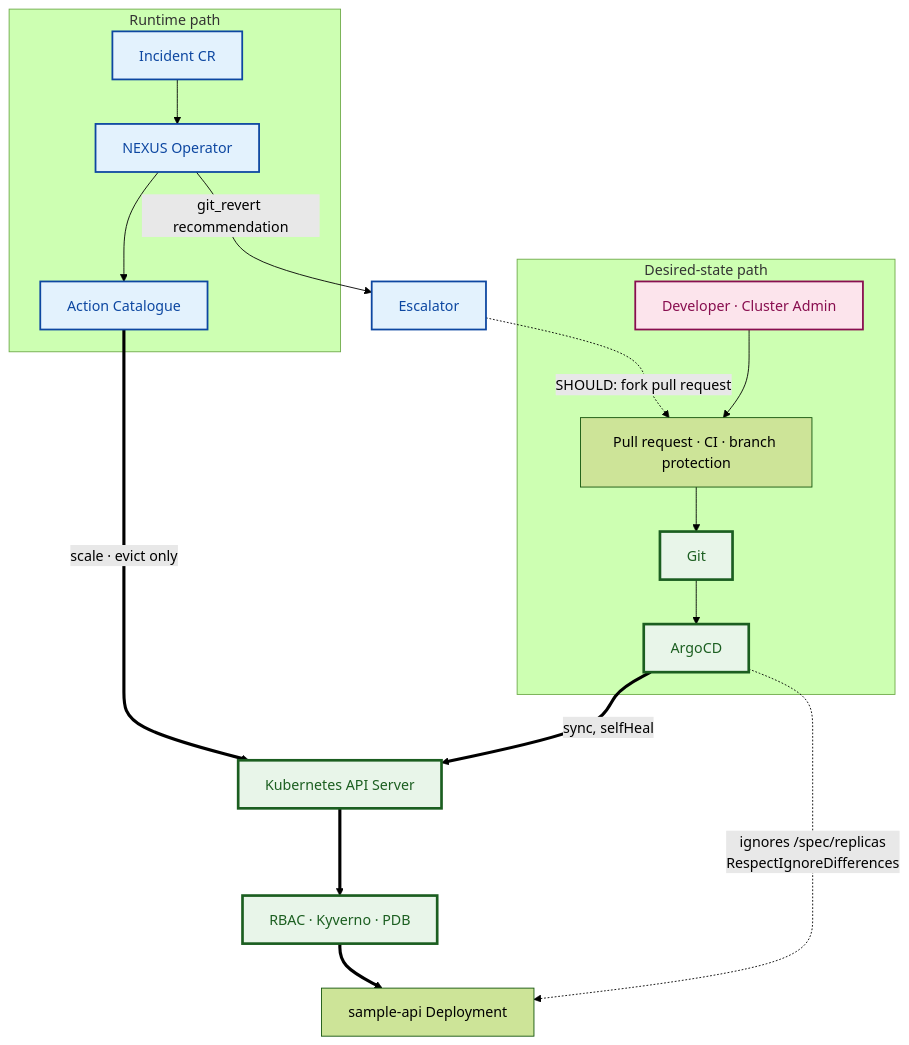
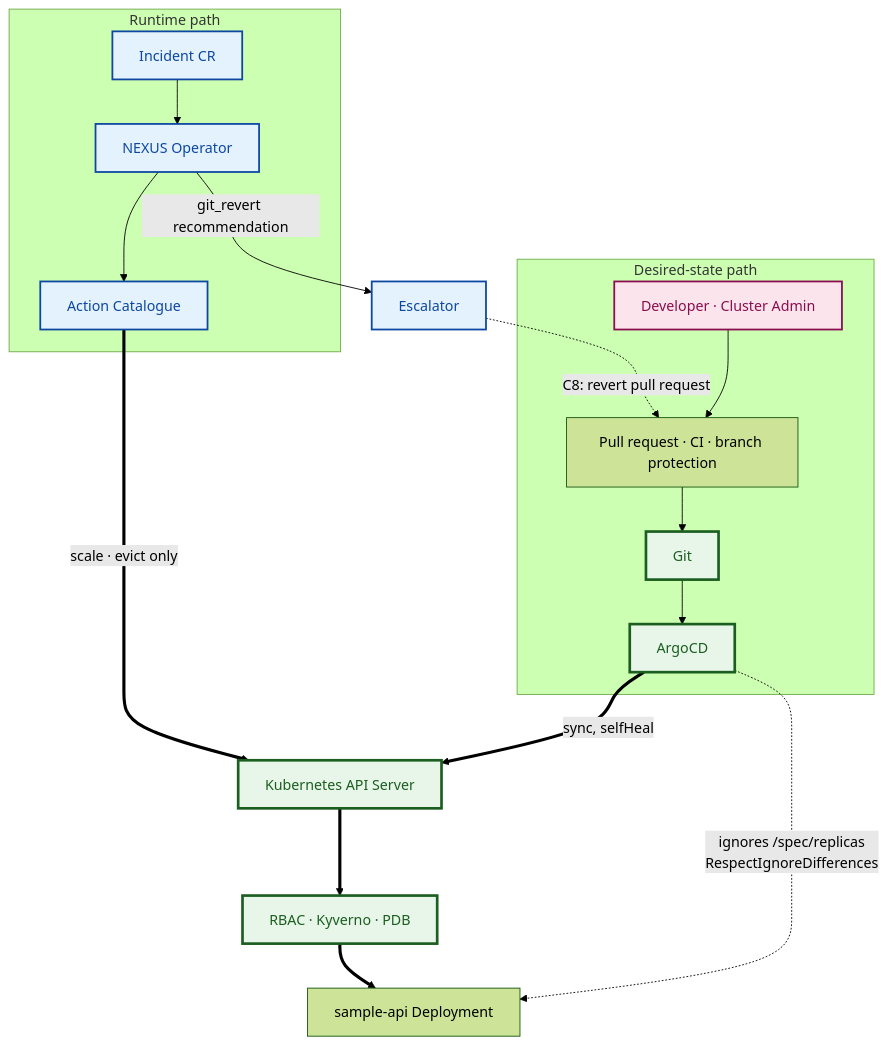
Before and after one commit to koussayx8/nexus-platform: diagram 11 of 24 in docs/architecture/final-spec.md, drawn with Mermaid (forest theme). The commit also changed other lines of this file and 1 other file, not shown here.

````diff
--- a/docs/architecture/final-spec.md
+++ b/docs/architecture/final-spec.md
@@ -982,22 +1034,22 @@
 ```mermaid
 flowchart TB
   subgraph DS[Desired-state path]
     DEV[Developer · Cluster Admin]:::human --> PR[Pull request · CI · branch protection]
     PR --> GIT[Git]:::trusted --> ARGO[ArgoCD]:::trusted
   end
   subgraph RT[Runtime path]
     INC[Incident CR]:::bounded --> OP[NEXUS Operator]:::bounded --> CAT[Action Catalogue]:::bounded
   end
   API[Kubernetes API Server]:::trusted
   KY[RBAC · Kyverno · PDB]:::trusted
   DEP[sample-api Deployment]
   ARGO ==>|sync, selfHeal| API
   CAT ==>|scale · evict only| API
   API ==> KY ==> DEP
   ARGO -.->|ignores /spec/replicas<br/>RespectIgnoreDifferences| DEP
   OP -->|git_revert recommendation| ESC[Escalator]:::bounded
-  ESC -.->|SHOULD: fork pull request| PR
+  ESC -.->|C8: revert pull request| PR
   classDef trusted fill:#E8F5E9,stroke:#1B5E20,stroke-width:3px,color:#1B5E20
   classDef bounded fill:#E3F2FD,stroke:#0D47A1,stroke-width:2px,color:#0D47A1
   classDef human fill:#FCE4EC,stroke:#880E4F,stroke-width:2px,color:#880E4F
 ```
````
